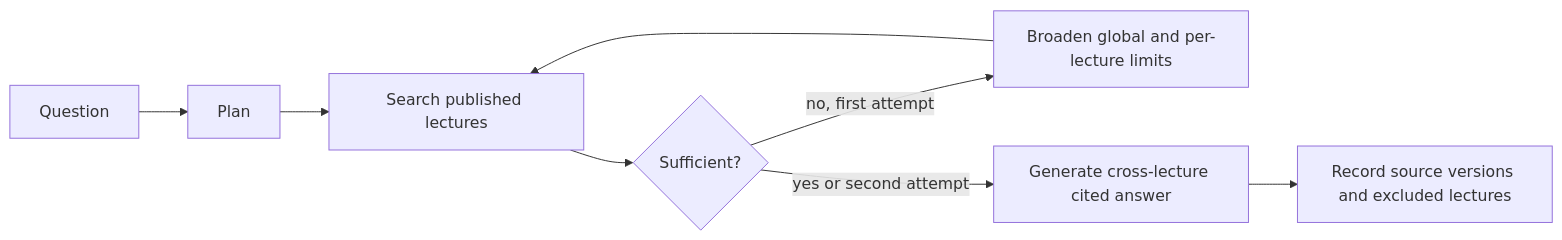
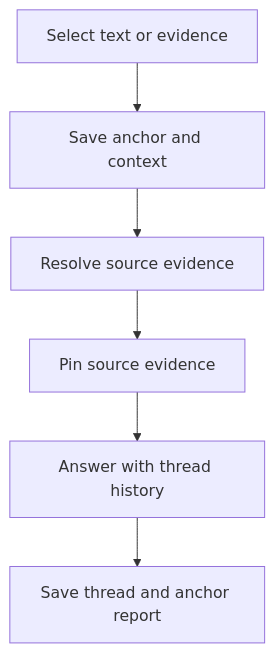
One commit to rabhishek100/agentic_study_partner changed the fifth of 15 diagrams in docs/flows.md. Above: the diagram before and after it, drawn with Mermaid. The commit also changed other lines of this file and 9 other files, not shown here.

Commit message:
Consolidate concise feature and architecture documentation

````diff
--- a/docs/flows.md
+++ b/docs/flows.md
@@ -101,10 +106,8 @@
 ```mermaid
-flowchart LR
-    Q[Question] --> P[Plan]
-    P --> R[Search published lectures]
-    R --> S{Sufficient?}
-    S -->|no, first attempt| B[Broaden global and per-lecture limits]
-    B --> R
-    S -->|yes or second attempt| G[Generate cross-lecture cited answer]
-    G --> V[Record source versions and excluded lectures]
+flowchart TD
+    S[Select text or evidence] --> A[Save anchor and context]
+    A --> R[Resolve source evidence]
+    R --> P[Pin source evidence]
+    P --> G[Answer with thread history]
+    G --> O[Save thread and anchor report]
 ```
````
